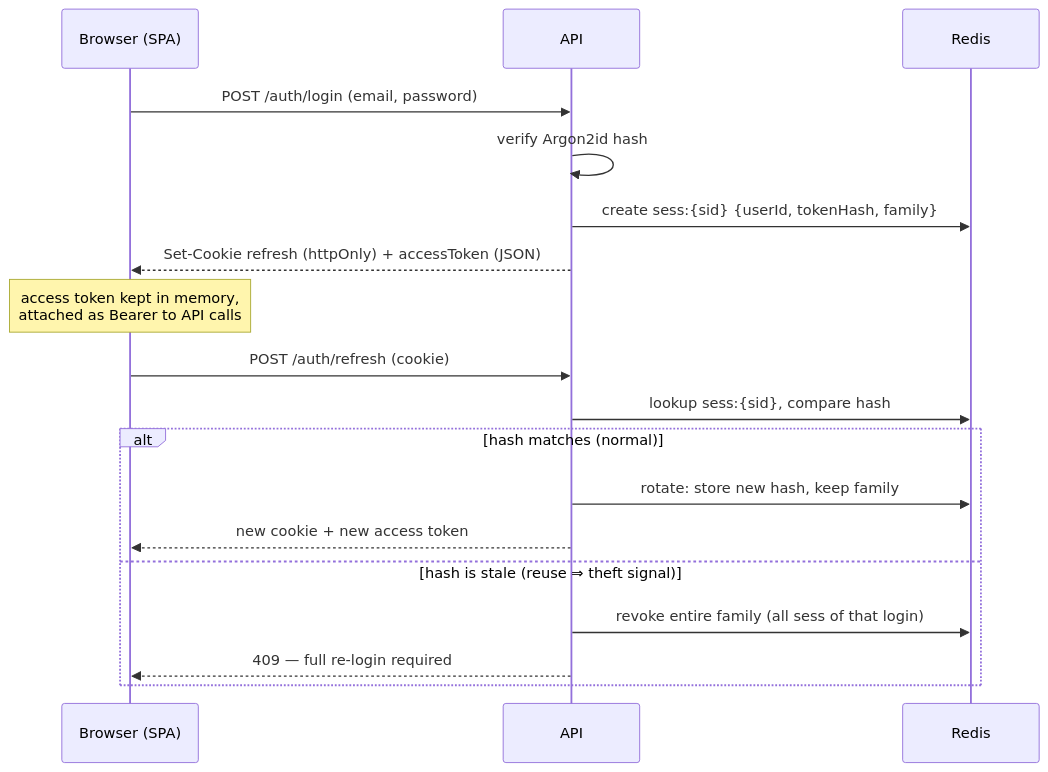
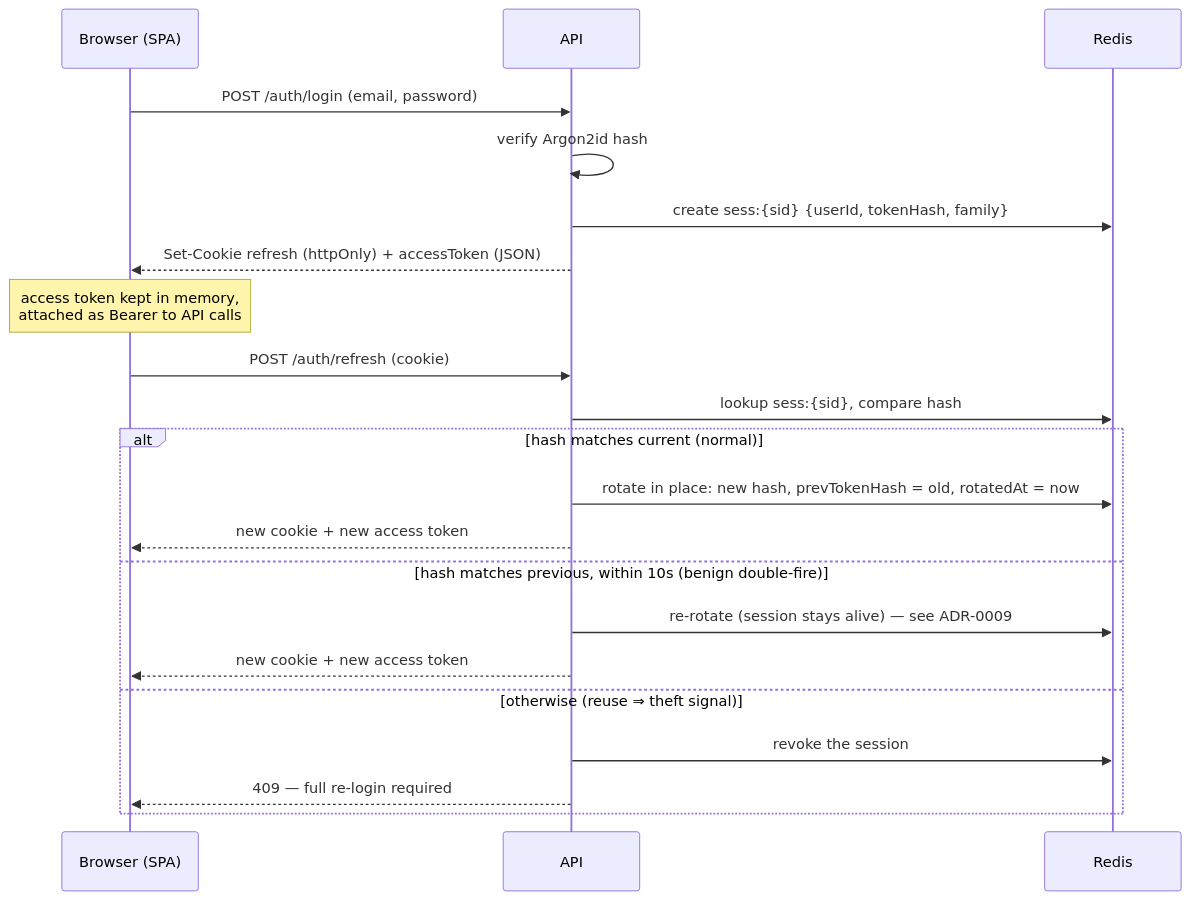
One commit to georgestephenson/best-books-guide changed the diagram in docs/05-security.md. Above: the diagram before and after it, drawn with Mermaid. The commit also changed other lines of this file and 142 other files, not shown here.

````diff
--- a/docs/05-security.md
+++ b/docs/05-security.md
@@ -16,20 +16,23 @@
 ```mermaid
 sequenceDiagram
     participant B as Browser (SPA)
     participant A as API
     participant R as Redis
     B->>A: POST /auth/login (email, password)
     A->>A: verify Argon2id hash
     A->>R: create sess:{sid} {userId, tokenHash, family}
     A-->>B: Set-Cookie refresh (httpOnly) + accessToken (JSON)
     Note over B: access token kept in memory,<br/>attached as Bearer to API calls
     B->>A: POST /auth/refresh (cookie)
     A->>R: lookup sess:{sid}, compare hash
-    alt hash matches (normal)
-        A->>R: rotate: store new hash, keep family
+    alt hash matches current (normal)
+        A->>R: rotate in place: new hash, prevTokenHash = old, rotatedAt = now
         A-->>B: new cookie + new access token
-    else hash is stale (reuse ⇒ theft signal)
-        A->>R: revoke entire family (all sess of that login)
+    else hash matches previous, within 10s (benign double-fire)
+        A->>R: re-rotate (session stays alive) — see ADR-0009
+        A-->>B: new cookie + new access token
+    else otherwise (reuse ⇒ theft signal)
+        A->>R: revoke the session
         A-->>B: 409 — full re-login required
     end
 ```
````
